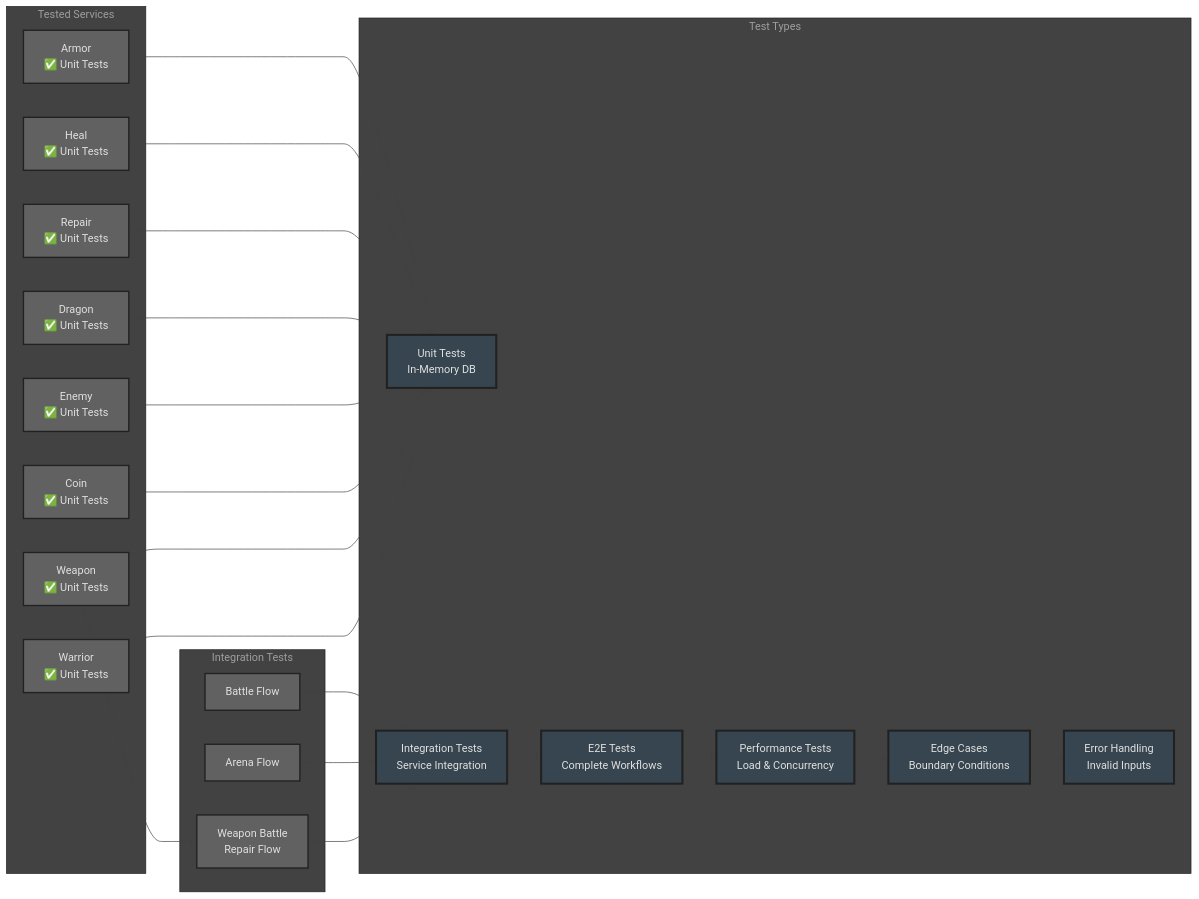
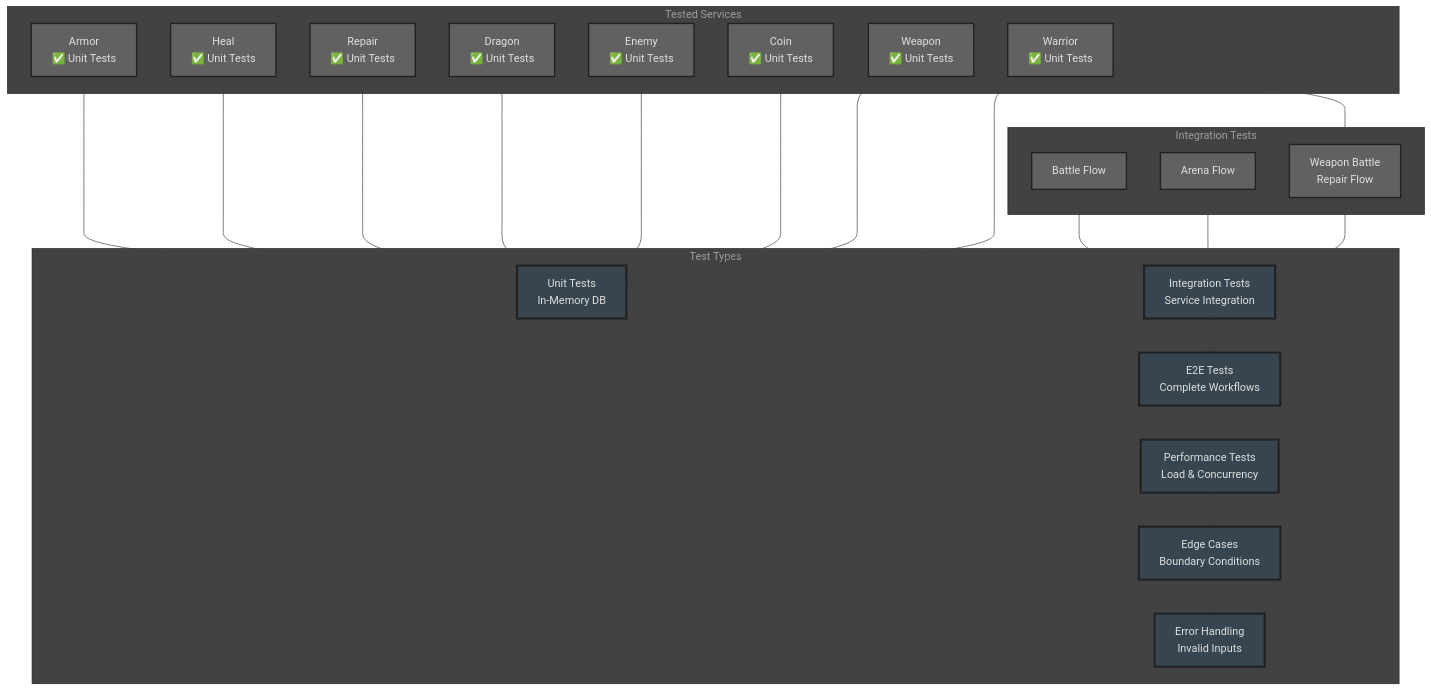
Before and after one commit to tiraten-bot/network-sec-micro: diagram 47 of 48 in README.md, drawn with Mermaid. The commit also changed other lines of this file, not shown here.

First line of the commit message:
Refactor README.md for improved clarity and consistency in health check and testing diagrams

````diff
--- a/README.md
+++ b/README.md
@@ -2504,77 +2504,77 @@
 ```mermaid
 %%{init: {
   "theme": "base",
   "themeVariables": {
     "primaryColor": "#36454F",
     "primaryTextColor": "#E0E0E0",
     "primaryBorderColor": "#212121",
     "lineColor": "#424242",
     "tertiaryColor": "#616161",
     "clusterBkg": "#424242",
     "clusterBorder": "#212121"
   }
 }}%%
-graph LR
+graph TB
     subgraph "Tested Services"
-        W[Warrior<br/>✅ Unit Tests]
-        WP[Weapon<br/>✅ Unit Tests]
-        C[Coin<br/>✅ Unit Tests]
-        E[Enemy<br/>✅ Unit Tests]
-        D[Dragon<br/>✅ Unit Tests]
-        R[Repair<br/>✅ Unit Tests]
-        H[Heal<br/>✅ Unit Tests]
-        AR[Armor<br/>✅ Unit Tests]
+        W["Warrior<br/>✅ Unit Tests"]
+        WP["Weapon<br/>✅ Unit Tests"]
+        C["Coin<br/>✅ Unit Tests"]
+        E["Enemy<br/>✅ Unit Tests"]
+        D["Dragon<br/>✅ Unit Tests"]
+        R["Repair<br/>✅ Unit Tests"]
+        H["Heal<br/>✅ Unit Tests"]
+        AR["Armor<br/>✅ Unit Tests"]
     end
 
     subgraph "Integration Tests"
-        I1[Weapon Battle<br/>Repair Flow]
-        I2[Arena Flow]
-        I3[Battle Flow]
+        I1["Weapon Battle<br/>Repair Flow"]
+        I2["Arena Flow"]
+        I3["Battle Flow"]
     end
 
     subgraph "Test Types"
-        T1[Unit Tests<br/>In-Memory DB]
-        T2[Integration Tests<br/>Service Integration]
-        T3[E2E Tests<br/>Complete Workflows]
-        T4[Performance Tests<br/>Load & Concurrency]
-        T5[Edge Cases<br/>Boundary Conditions]
-        T6[Error Handling<br/>Invalid Inputs]
+        T1["Unit Tests<br/>In-Memory DB"]
+        T2["Integration Tests<br/>Service Integration"]
+        T3["E2E Tests<br/>Complete Workflows"]
+        T4["Performance Tests<br/>Load & Concurrency"]
+        T5["Edge Cases<br/>Boundary Conditions"]
+        T6["Error Handling<br/>Invalid Inputs"]
     end
 
     W --> T1
     WP --> T1
     C --> T1
     E --> T1
     D --> T1
     R --> T1
     H --> T1
     AR --> T1
 
     WP --> I1
     I1 --> T2
     I2 --> T2
     I3 --> T2
 
     T2 --> T3
     T3 --> T4
     T4 --> T5
     T5 --> T6
 
     style W fill:#616161,stroke:#212121,stroke-width:2px,color:#E0E0E0
     style WP fill:#616161,stroke:#212121,stroke-width:2px,color:#E0E0E0
     style C fill:#616161,stroke:#212121,stroke-width:2px,color:#E0E0E0
     style E fill:#616161,stroke:#212121,stroke-width:2px,color:#E0E0E0
     style D fill:#616161,stroke:#212121,stroke-width:2px,color:#E0E0E0
     style R fill:#616161,stroke:#212121,stroke-width:2px,color:#E0E0E0
     style H fill:#616161,stroke:#212121,stroke-width:2px,color:#E0E0E0
     style AR fill:#616161,stroke:#212121,stroke-width:2px,color:#E0E0E0
     style I1 fill:#616161,stroke:#212121,stroke-width:2px,color:#E0E0E0
     style I2 fill:#616161,stroke:#212121,stroke-width:2px,color:#E0E0E0
     style I3 fill:#616161,stroke:#212121,stroke-width:2px,color:#E0E0E0
     style T1 fill:#36454F,stroke:#212121,stroke-width:3px,color:#E0E0E0
     style T2 fill:#36454F,stroke:#212121,stroke-width:3px,color:#E0E0E0
     style T3 fill:#36454F,stroke:#212121,stroke-width:3px,color:#E0E0E0
     style T4 fill:#36454F,stroke:#212121,stroke-width:3px,color:#E0E0E0
     style T5 fill:#36454F,stroke:#212121,stroke-width:3px,color:#E0E0E0
     style T6 fill:#36454F,stroke:#212121,stroke-width:3px,color:#E0E0E0
 ```
````
